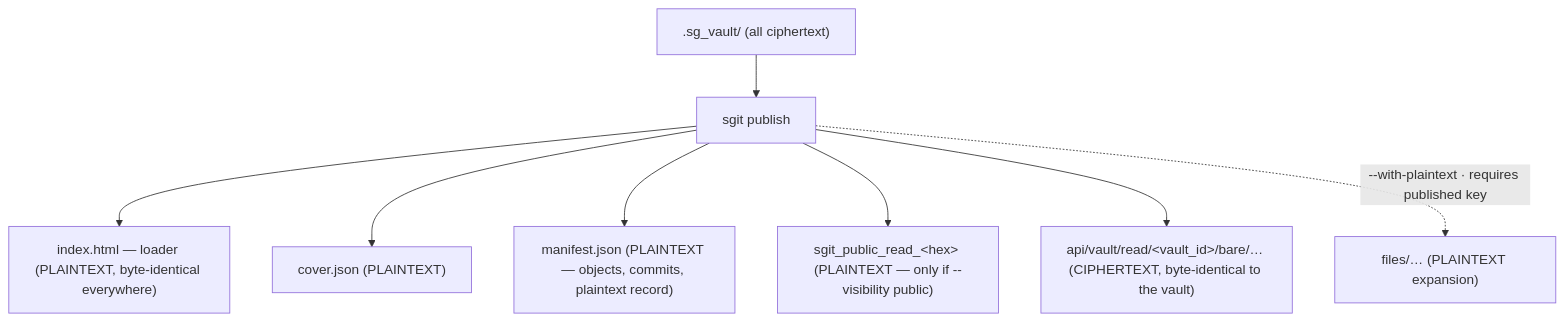
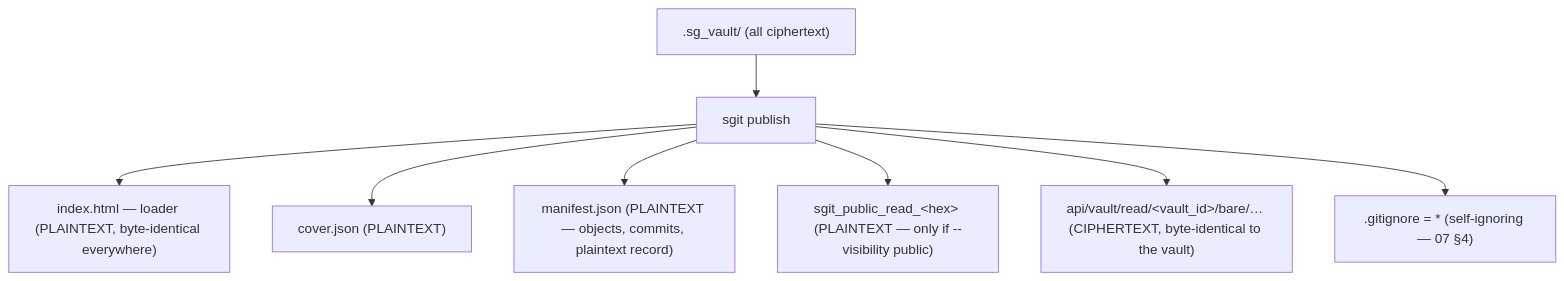
One commit to SGit-AI/SGit-AI__Website__NHI changed the second of 3 diagrams in packs/static-publishing/src/01__architecture.md. Above: the diagram before and after it, drawn with Mermaid. The commit also changed other lines of this file and 84 other files, not shown here.

````diff
--- a/packs/static-publishing/src/01__architecture.md
+++ b/packs/static-publishing/src/01__architecture.md
@@ -66,10 +66,10 @@
 ```mermaid
 graph TD
   V[".sg_vault/  (all ciphertext)"] --> PUB["sgit publish"]
   PUB --> O1["index.html — loader (PLAINTEXT, byte-identical everywhere)"]
   PUB --> O2["cover.json (PLAINTEXT)"]
   PUB --> O3["manifest.json (PLAINTEXT — objects, commits, plaintext record)"]
   PUB --> O4["sgit_public_read_&lt;hex&gt; (PLAINTEXT — only if --visibility public)"]
   PUB --> O5["api/vault/read/&lt;vault_id&gt;/bare/… (CIPHERTEXT, byte-identical to the vault)"]
-  PUB -.->|"--with-plaintext · requires published key"| O6["files/… (PLAINTEXT expansion)"]
+  PUB --> O7[".gitignore = * (self-ignoring — 07 §4)"]
 ```
````
